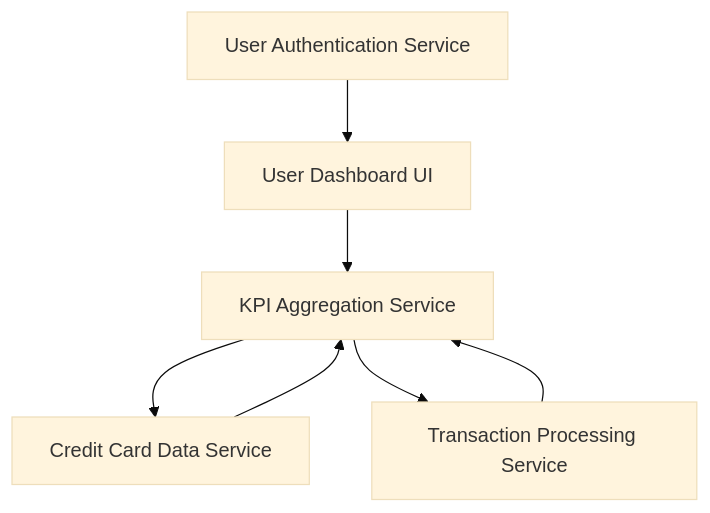
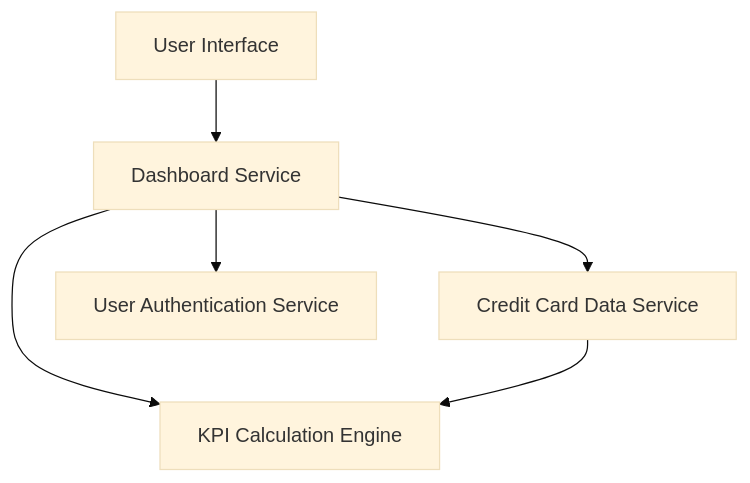
The diagram in HLD/QE-8562_HLD.md (AAVA-Demo/APB_Demo), drawn with Mermaid (base theme) before and after one commit. The commit also changed other lines of this file and 5 other files, not shown here.

````diff
--- a/HLD/QE-8562_HLD.md
+++ b/HLD/QE-8562_HLD.md
@@ -7,14 +7,13 @@
 ```mermaid
 flowchart TD
-    A["User Dashboard UI"]
-    B["KPI Aggregation Service"]
+    A["User Interface"]
+    B["Dashboard Service"]
     C["Credit Card Data Service"]
-    D["Transaction Processing Service"]
-    E["User Authentication Service"]
+    D["User Authentication Service"]
+    E["KPI Calculation Engine"]
     A --> B
+    B --> D
     B --> C
-    B --> D
-    E --> A
-    C --> B
-    D --> B
+    B --> E
+    C --> E
 ```
````
